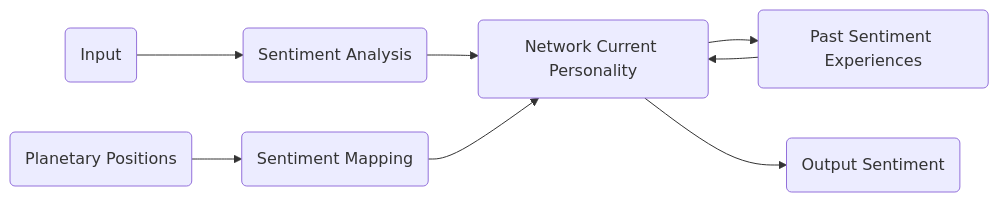
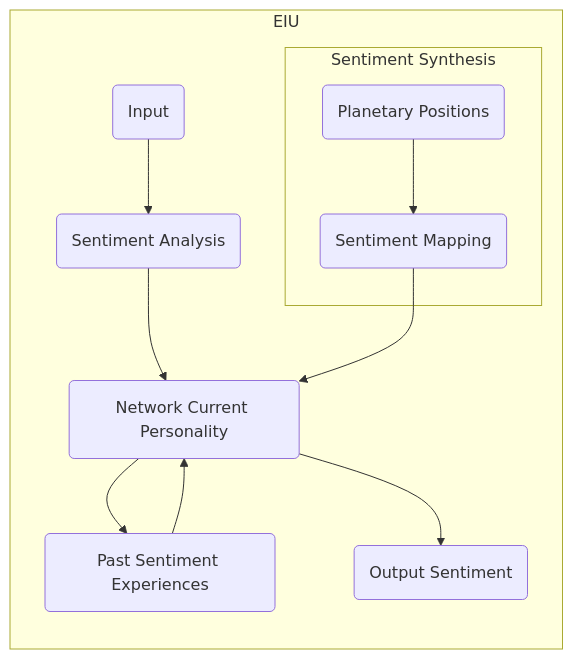
One commit to mohitlabs/Research changed the diagram in Dissertation1.md. Above: the diagram before and after it, drawn with Mermaid.

````diff
--- a/Dissertation1.md
+++ b/Dissertation1.md
@@ -62,18 +62,22 @@
 ```mermaid
 flowchart LR;
   input(Input)
   sa(Sentiment Analysis)
   pp(Planetary Positions)
   sm(Sentiment Mapping)
   pse(Past Sentiment Experiences)
   ncp(Network Current Personality)
   os(Output Sentiment)
   
-  input-->sa
-  pp-->sm
-  sa-->ncp
-  sm-->ncp
-  pse-->ncp
-  ncp-->pse
-  ncp-->os
+  subgraph EIU
+    input-->sa
+    subgraph Sentiment Synthesis
+      pp-->sm
+    end
+    sa-->ncp
+    sm-->ncp
+    pse-->ncp
+    ncp-->pse
+    ncp-->os
+  end
 ```
````
